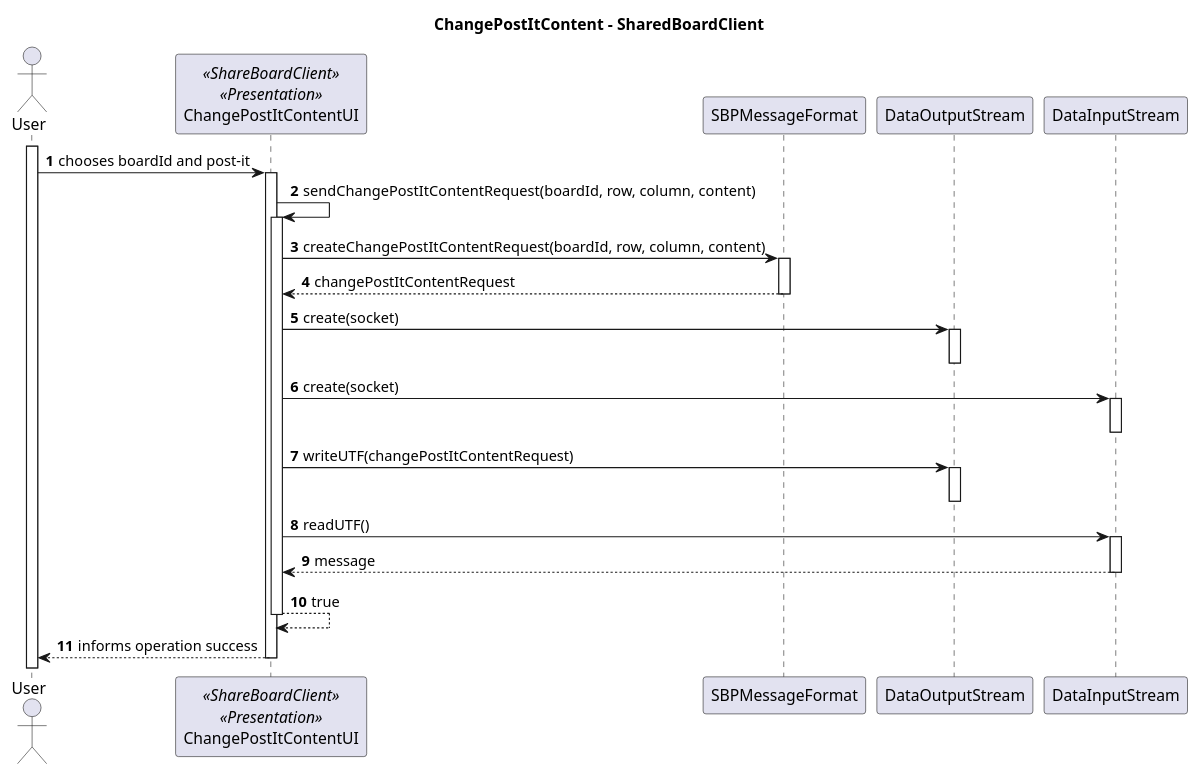
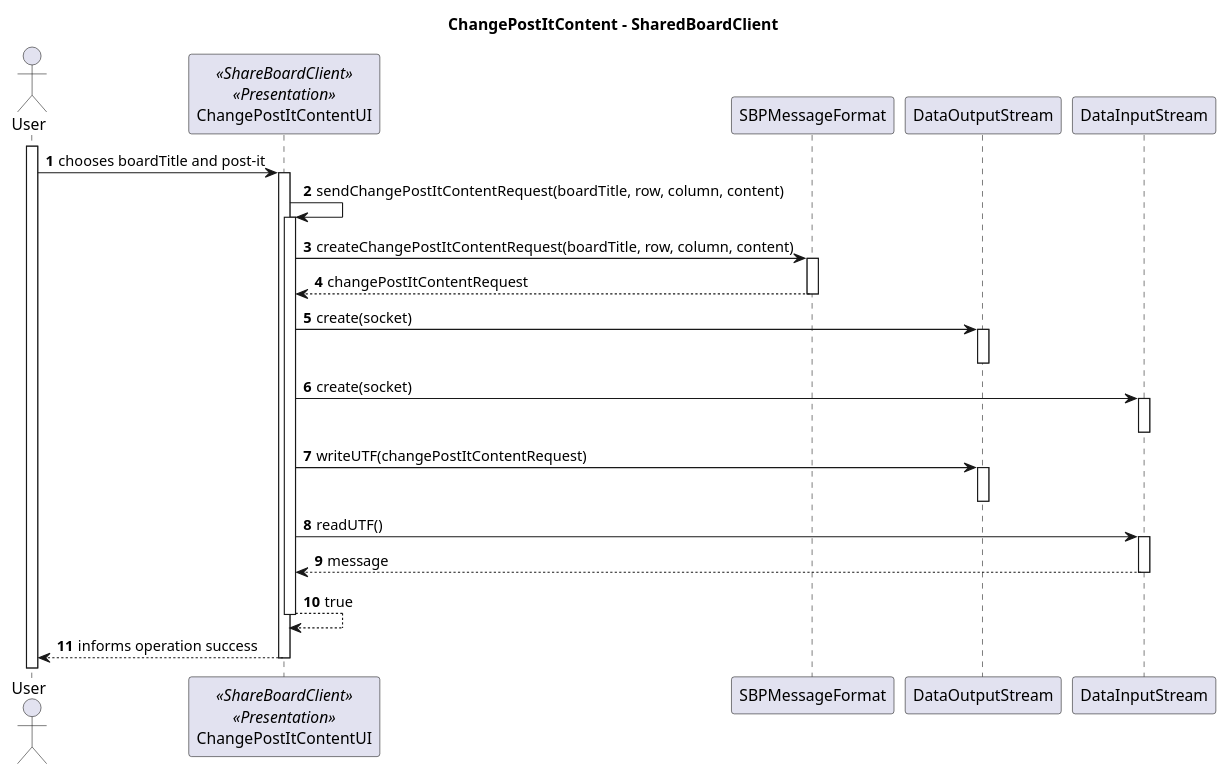
The diagram in docs/Sprint_C/us_3007/US_3007_SD_Change_Content_Client.puml (Marco-Nobrega-Andrade/sem4pi_22_23), drawn with PlantUML before and after one commit. The commit also changed 4 other files, not shown here.

```diff
--- a/docs/Sprint_C/us_3007/US_3007_SD_Change_Content_Client.puml
+++ b/docs/Sprint_C/us_3007/US_3007_SD_Change_Content_Client.puml
@@ -1,35 +1,35 @@
 @startuml
 autonumber
 title ChangePostItContent - SharedBoardClient
 
 actor "User" as User
 
 participant "ChangePostItContentUI" as UI <<ShareBoardClient>> <<Presentation>>
 participant "SBPMessageFormat" as SBPF
 participant "DataOutputStream" as DOS
 participant "DataInputStream" as DIS
 activate User
-User -> UI : chooses boardId and post-it
+User -> UI : chooses boardTitle and post-it
 activate UI
 
-UI -> UI : sendChangePostItContentRequest(boardId, row, column, content)
+UI -> UI : sendChangePostItContentRequest(boardTitle, row, column, content)
 activate UI
-UI -> SBPF : createChangePostItContentRequest(boardId, row, column, content)
+UI -> SBPF : createChangePostItContentRequest(boardTitle, row, column, content)
 activate SBPF
 return changePostItContentRequest
 UI -> DOS : create(socket)
 activate DOS
 deactivate DOS
 UI -> DIS : create(socket)
 activate DIS
 deactivate DIS
 UI -> DOS : writeUTF(changePostItContentRequest)
 activate DOS
 deactivate DOS
 UI -> DIS : readUTF()
 activate DIS
 return message
 return true
 return informs operation success
 deactivate UI
 @enduml
```
